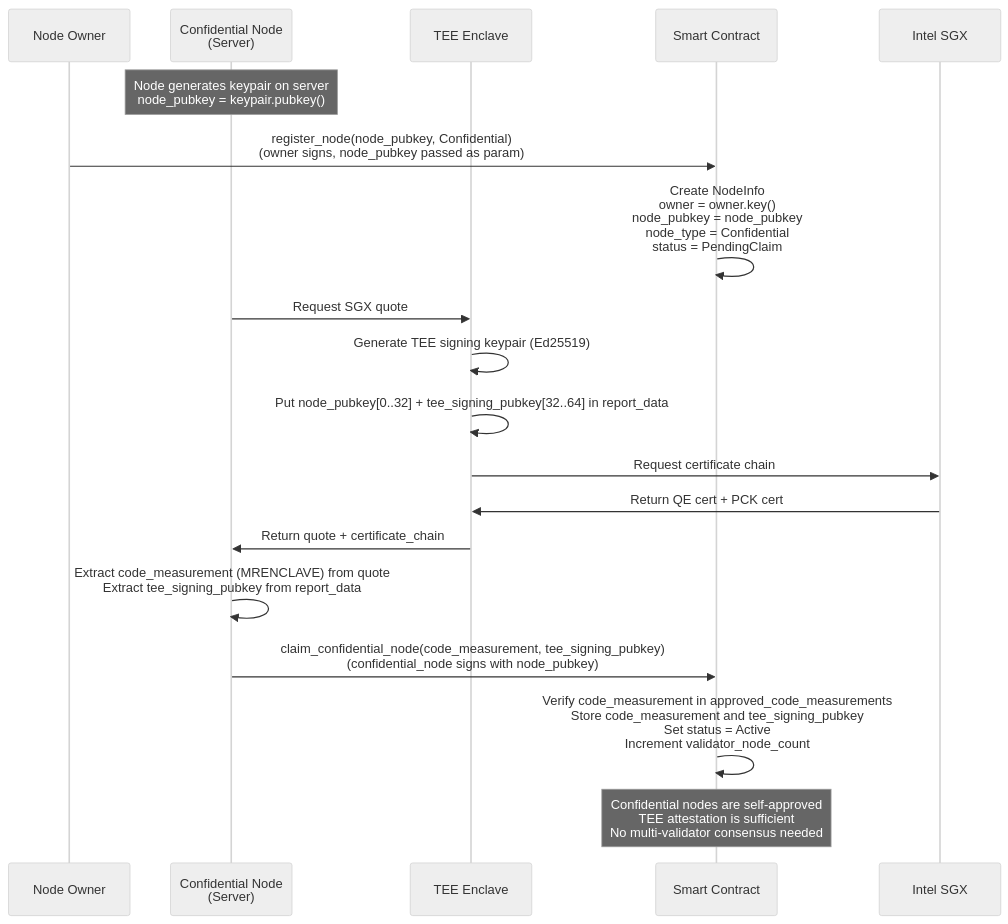
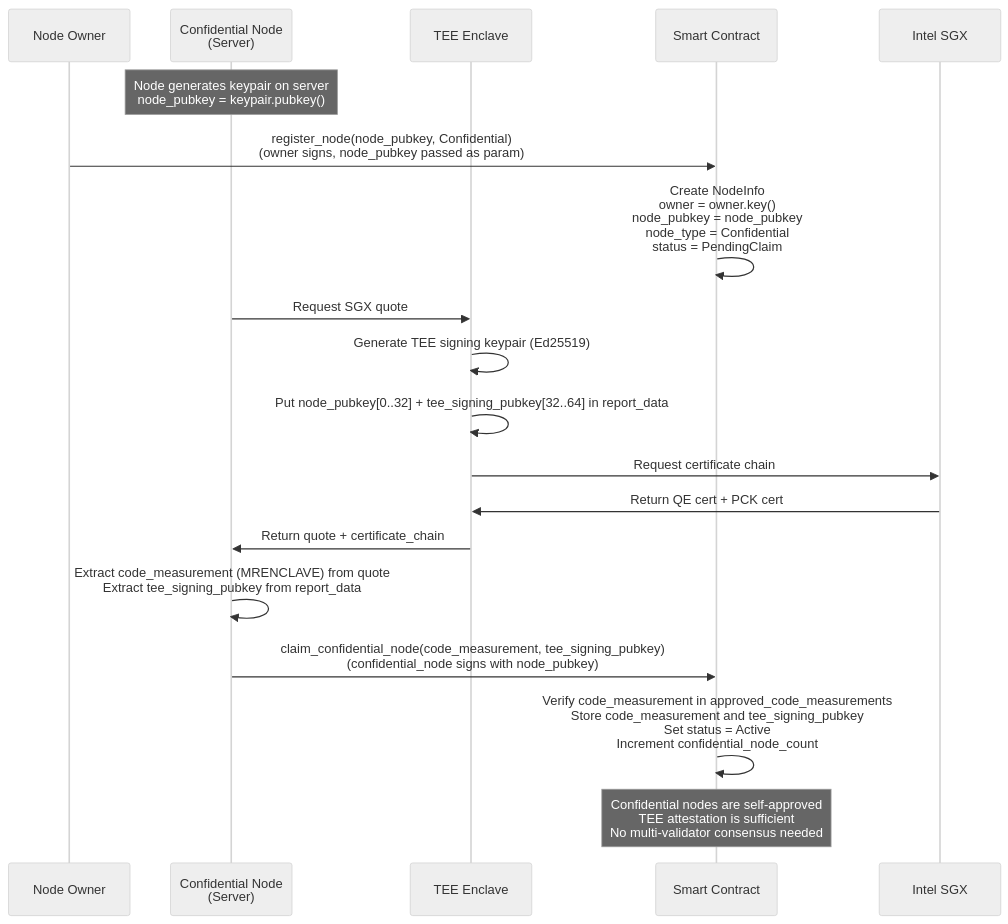
One commit to JorgeCosta87/decentralized-autonomous-computing changed the fourth of 13 diagrams in docs/design.md. Above: the diagram before and after it, drawn with Mermaid (neutral theme). The commit also changed other lines of this file and 7 other files, not shown here.

````diff
--- a/docs/design.md
+++ b/docs/design.md
@@ -286,26 +286,26 @@
 ```mermaid
 sequenceDiagram
     participant Owner as Node Owner
     participant CN as Confidential Node<br/>(Server)
     participant TEE as TEE Enclave
     participant DAC as Smart Contract
     participant Intel as Intel SGX
     
     Note over CN: Node generates keypair on server<br/>node_pubkey = keypair.pubkey()
     
     Owner->>DAC: register_node(node_pubkey, Confidential)<br/>(owner signs, node_pubkey passed as param)
     DAC->>DAC: Create NodeInfo<br/>owner = owner.key()<br/>node_pubkey = node_pubkey<br/>node_type = Confidential<br/>status = PendingClaim
     
     CN->>TEE: Request SGX quote
     TEE->>TEE: Generate TEE signing keypair (Ed25519)
     TEE->>TEE: Put node_pubkey[0..32] + tee_signing_pubkey[32..64] in report_data
     TEE->>Intel: Request certificate chain
     Intel->>TEE: Return QE cert + PCK cert
     TEE->>CN: Return quote + certificate_chain
     
     CN->>CN: Extract code_measurement (MRENCLAVE) from quote<br/>Extract tee_signing_pubkey from report_data
     CN->>DAC: claim_confidential_node(code_measurement, tee_signing_pubkey)<br/>(confidential_node signs with node_pubkey)
-    DAC->>DAC: Verify code_measurement in approved_code_measurements<br/>Store code_measurement and tee_signing_pubkey<br/>Set status = Active<br/>Increment validator_node_count
+    DAC->>DAC: Verify code_measurement in approved_code_measurements<br/>Store code_measurement and tee_signing_pubkey<br/>Set status = Active<br/>Increment confidential_node_count
     
     Note over DAC: Confidential nodes are self-approved<br/>TEE attestation is sufficient<br/>No multi-validator consensus needed
 ```
````
